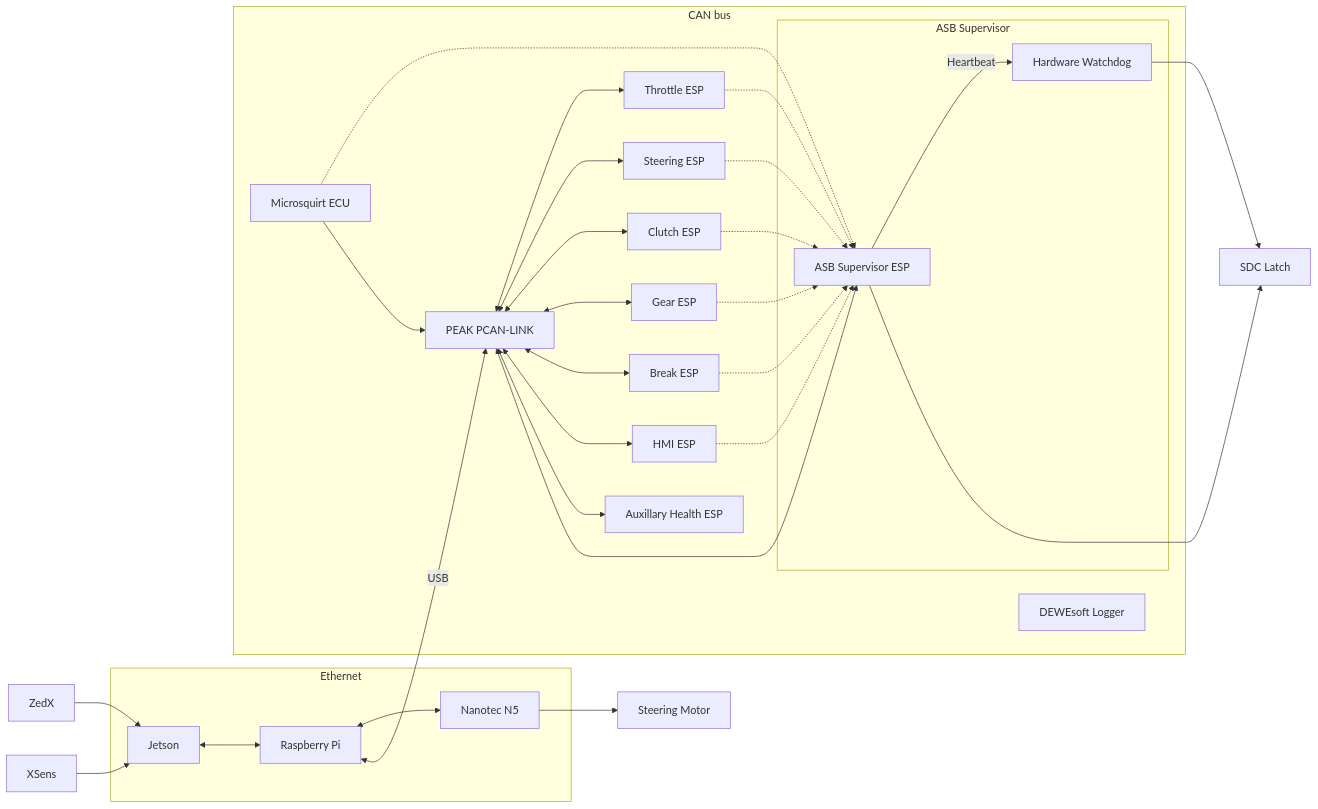
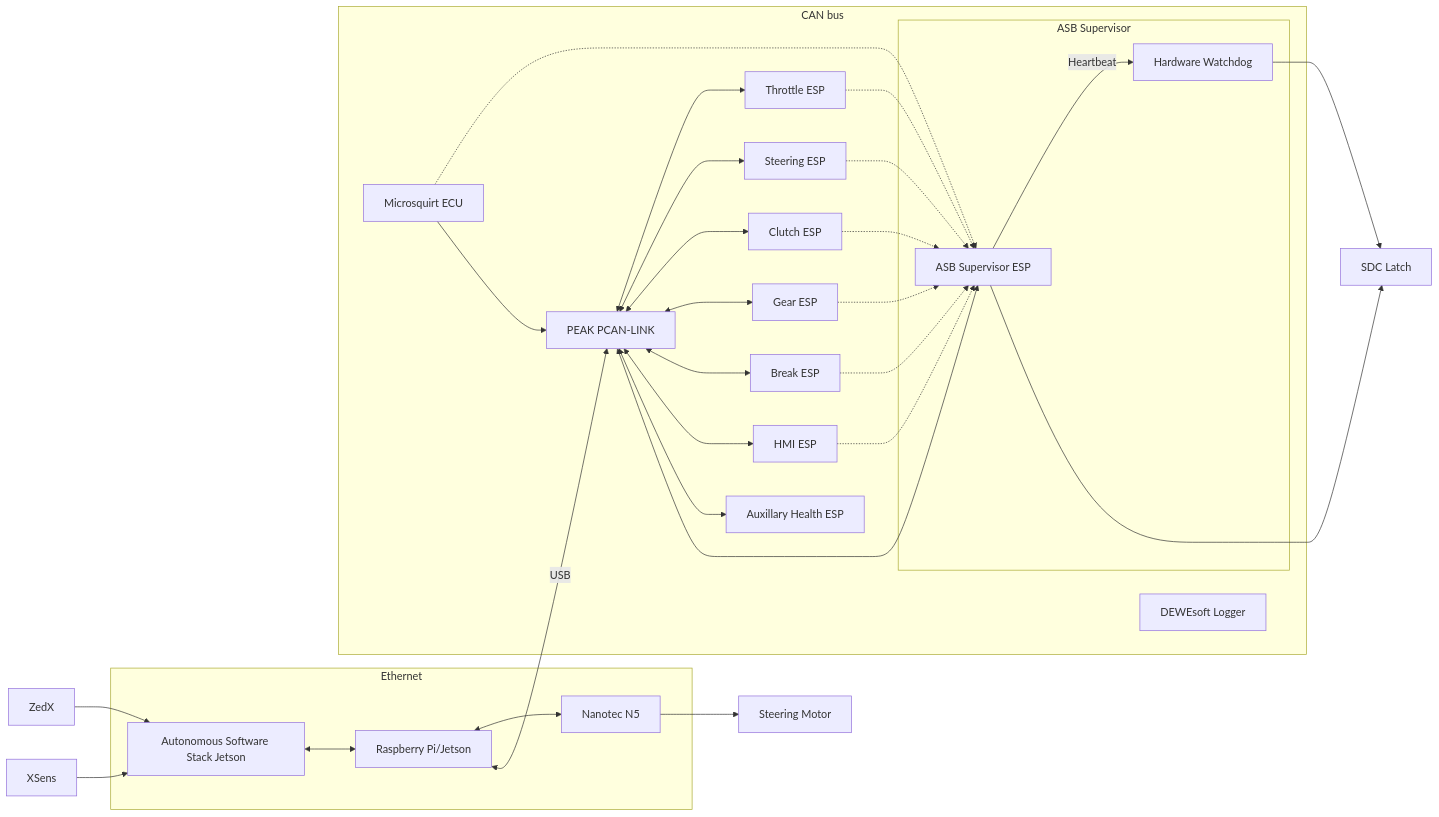
The diagram in docs/ads/aiads_interface/overview.md (FT-Autonomous/ft_docs_2.0), drawn with Mermaid before and after one commit. The commit also changed other lines of this file, not shown here.

Commit message:
detail potential use of Jetsons instead of Pis

````diff
--- a/docs/ads/aiads_interface/overview.md
+++ b/docs/ads/aiads_interface/overview.md
@@ -11,53 +11,53 @@
 ```mermaid
 graph LR
     subgraph Ethernet
-        JT["Jetson"]
-        PI["Raspberry Pi"]
+        JT["Autonomous Software Stack Jetson"]
+        PI["Raspberry Pi/Jetson"]
         NT["Nanotec N5"]
         JT <--> PI
         PI <--> NT
     end
     ZX["ZedX"]
     XS["XSens"]
     SM["Steering Motor"]
     ZX --> JT
     XS --> JT
     NT --> SM
     PI <-- USB --> PK
     subgraph CAN bus
         PK["PEAK PCAN-LINK"]
         TE["Throttle ESP"]
         SE["Steering ESP"]
         CE["Clutch ESP"]
         GE["Gear ESP"]
         BE["Break ESP"]
         HE["HMI ESP"]
         AHE["Auxillary Health ESP"]
         DS["DEWEsoft Logger"]
         ME["Microsquirt ECU"]
         subgraph ASB Supervisor
             AS["ASB Supervisor ESP"]
             HW["Hardware Watchdog"]
             AS -- Heartbeat --> HW
         end
         TE .-> AS
         SE .-> AS
         CE .-> AS
         GE .-> AS
         BE .-> AS
         HE .-> AS
         ME .-> AS
         PK <--> TE
         PK <--> SE
         PK <--> CE
         PK <--> GE
         PK <--> BE
         PK <--> HE
         PK <--> AHE
         PK <--> AS
         ME --> PK
     end
     SDC["SDC Latch"]
     AS --> SDC
     HW --> SDC
 ```
````
